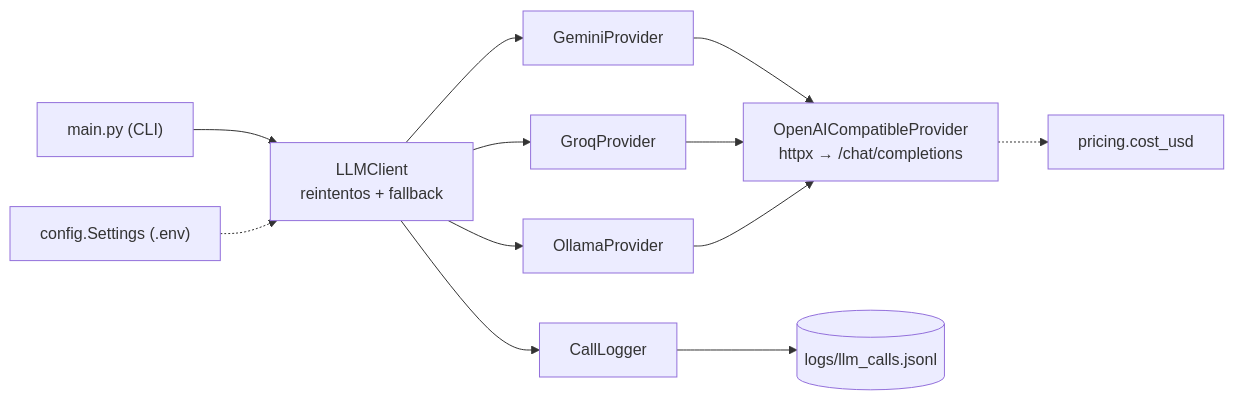
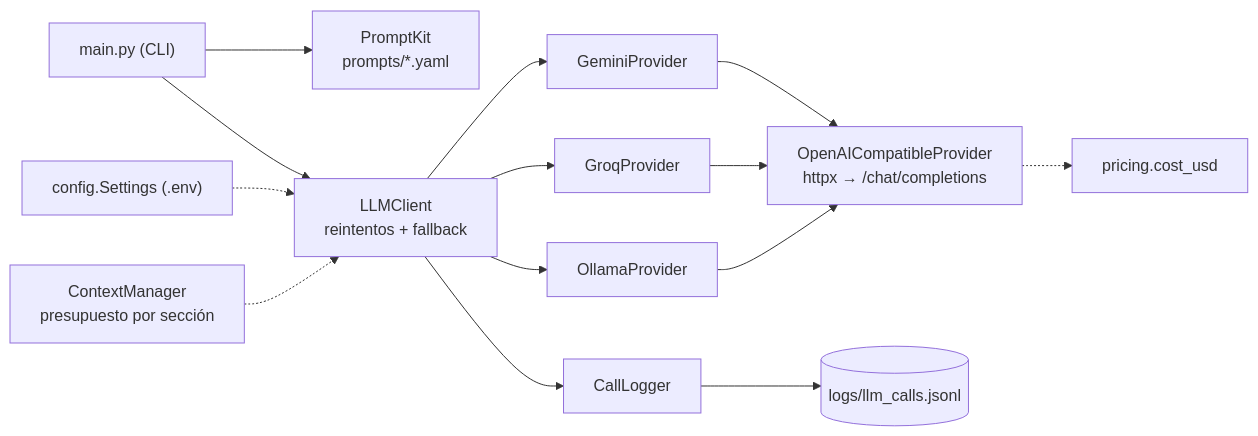
One commit to RamsesCamas/Bootcamp_AI_Engineer_Codigofacilito_2nd_Gen changed the diagram in README.md. Above: the diagram before and after it, drawn with Mermaid. The commit also changed other lines of this file, not shown here.

````diff
--- a/README.md
+++ b/README.md
@@ -70,12 +104,14 @@
 ```mermaid
 flowchart LR
-    main["main.py (CLI)"] --> client["LLMClient<br/>reintentos + fallback"]
+    main["main.py (CLI)"] --> kit["PromptKit<br/>prompts/*.yaml"]
+    main --> client["LLMClient<br/>reintentos + fallback"]
     client --> gemini["GeminiProvider"]
     client --> groq["GroqProvider"]
     client --> ollama["OllamaProvider"]
     gemini & groq & ollama --> base["OpenAICompatibleProvider<br/>httpx → /chat/completions"]
     client --> logger["CallLogger"]
     logger --> jsonl[("logs/llm_calls.jsonl")]
     base -.-> pricing["pricing.cost_usd"]
     config["config.Settings (.env)"] -.-> client
+    ctx["ContextManager<br/>presupuesto por sección"] -.-> client
 ```
````
